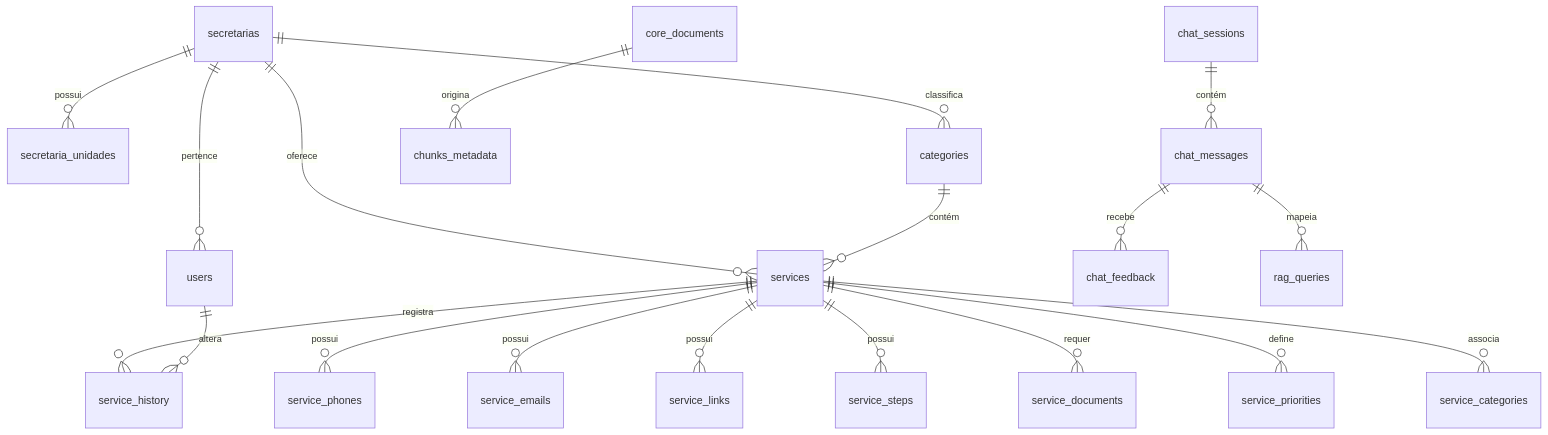
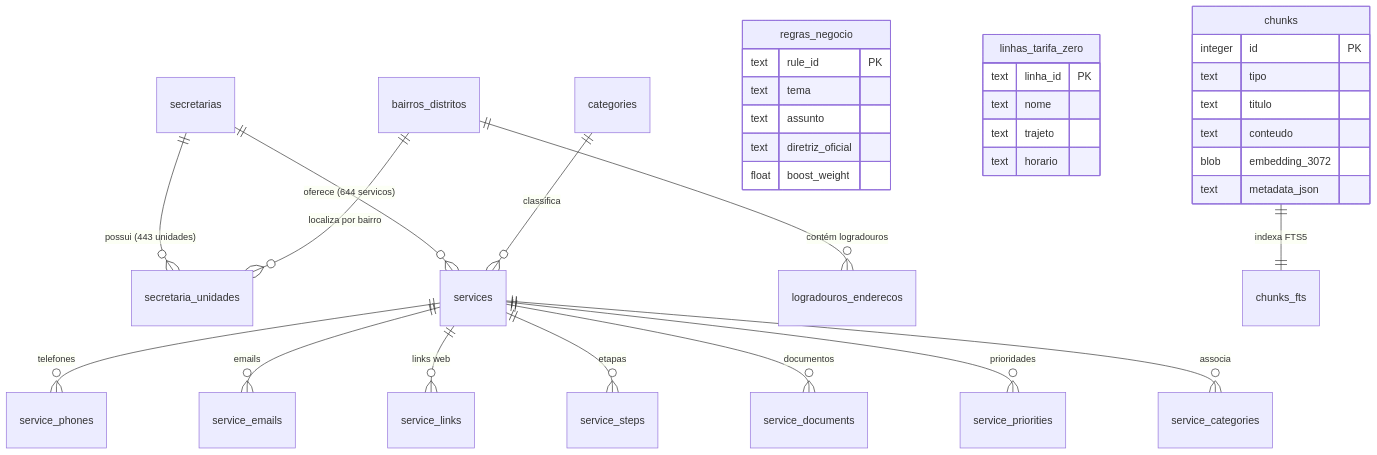
One commit to ouvidoriag/duqueia changed the diagram in docs/03-Banco/DER.md. Above: the diagram before and after it, drawn with Mermaid. The commit also changed other lines of this file and 106 other files, not shown here.

````diff
--- a/docs/03-Banco/DER.md
+++ b/docs/03-Banco/DER.md
@@ -3,21 +5,43 @@
 ```mermaid
 erDiagram
-    secretarias ||--o{ secretaria_unidades : "possui"
-    secretarias ||--o{ users : "pertence"
-    secretarias ||--o{ categories : "classifica"
-    secretarias ||--o{ services : "oferece"
-    categories ||--o{ services : "contém"
-    services ||--o{ service_phones : "possui"
-    services ||--o{ service_emails : "possui"
-    services ||--o{ service_links : "possui"
-    services ||--o{ service_steps : "possui"
-    services ||--o{ service_documents : "requer"
-    services ||--o{ service_priorities : "define"
+    %% --- main.db (Operacional & Ontologia) ---
+    secretarias ||--o{ secretaria_unidades : "possui (443 unidades)"
+    secretarias ||--o{ services : "oferece (644 servicos)"
+    categories ||--o{ services : "classifica"
+    services ||--o{ service_phones : "telefones"
+    services ||--o{ service_emails : "emails"
+    services ||--o{ service_links : "links web"
+    services ||--o{ service_steps : "etapas"
+    services ||--o{ service_documents : "documentos"
+    services ||--o{ service_priorities : "prioridades"
     services ||--o{ service_categories : "associa"
-    services ||--o{ service_history : "registra"
-    users ||--o{ service_history : "altera"
-    chat_sessions ||--o{ chat_messages : "contém"
-    chat_messages ||--o{ chat_feedback : "recebe"
-    chat_messages ||--o{ rag_queries : "mapeia"
-    core_documents ||--o{ chunks_metadata : "origina"
+
+    bairros_distritos ||--o{ logradouros_enderecos : "contém logradouros"
+    bairros_distritos ||--o{ secretaria_unidades : "localiza por bairro"
+
+    regras_negocio {
+        text rule_id PK
+        text tema
+        text assunto
+        text diretriz_oficial
+        float boost_weight
+    }
+
+    linhas_tarifa_zero {
+        text linha_id PK
+        text nome
+        text trajeto
+        text horario
+    }
+
+    %% --- vector.db (Vetorial & FTS5) ---
+    chunks ||--|| chunks_fts : "indexa FTS5"
+    chunks {
+        integer id PK
+        text tipo
+        text titulo
+        text conteudo
+        blob embedding_3072
+        text metadata_json
+    }
 ```
````
